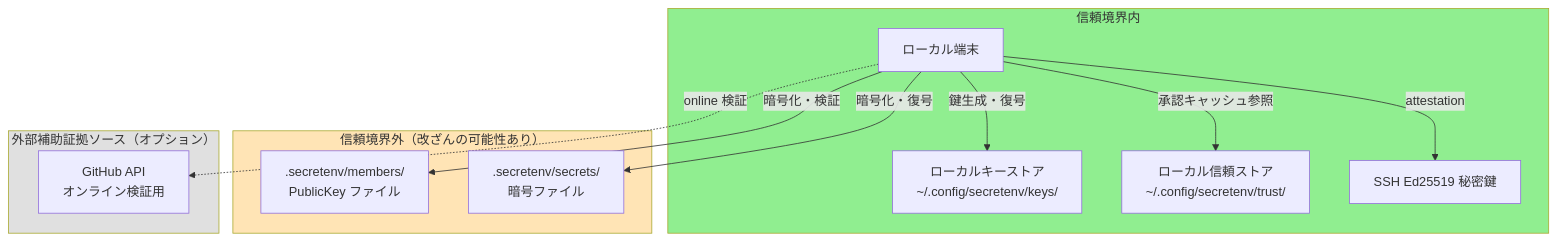
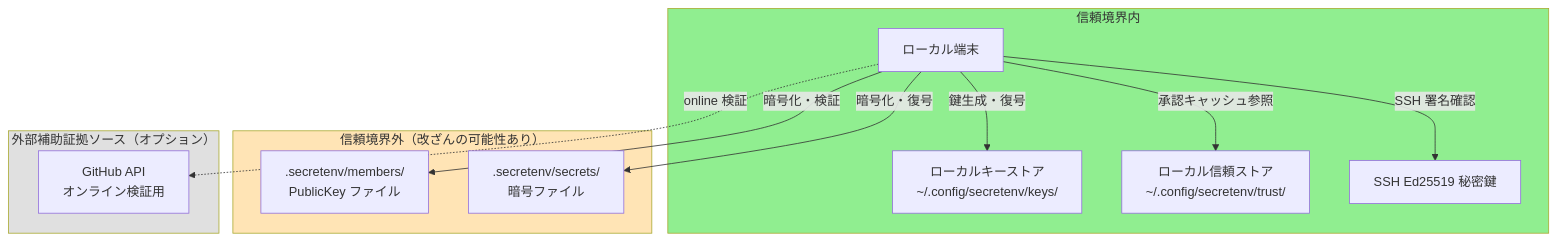
Before and after one commit to ebisawa/kapsaro: the first of 6 diagrams in guides/security_design_ja.md, drawn with Mermaid. The commit also changed other lines of this file and 121 other files, not shown here.

````diff
--- a/guides/security_design_ja.md
+++ b/guides/security_design_ja.md
@@ -160,29 +187,29 @@
 ```mermaid
 graph TB
     subgraph trusted["信頼境界内"]
         LocalTerminal[ローカル端末]
         LocalKeystore["ローカルキーストア<br/>~/.config/secretenv/keys/"]
         LocalTrustStore["ローカル信頼ストア<br/>~/.config/secretenv/trust/"]
         SSHKey[SSH Ed25519 秘密鍵]
     end
 
     subgraph untrusted["信頼境界外（改ざんの可能性あり）"]
         MembersDir[".secretenv/members/<br/>PublicKey ファイル"]
         SecretsDir[".secretenv/secrets/<br/>暗号ファイル"]
     end
 
     subgraph external["外部補助証拠ソース（オプション）"]
         GitHub["GitHub API<br/>オンライン検証用"]
     end
 
     LocalTerminal -->|鍵生成・復号| LocalKeystore
     LocalTerminal -->|承認キャッシュ参照| LocalTrustStore
-    LocalTerminal -->|attestation| SSHKey
+    LocalTerminal -->|SSH 署名確認| SSHKey
     LocalTerminal -->|暗号化・検証| MembersDir
     LocalTerminal -->|暗号化・復号| SecretsDir
     LocalTerminal -.->|online 検証| GitHub
 
     style trusted fill:#90EE90
     style untrusted fill:#FFE4B5
     style external fill:#E0E0E0
 ```
````
